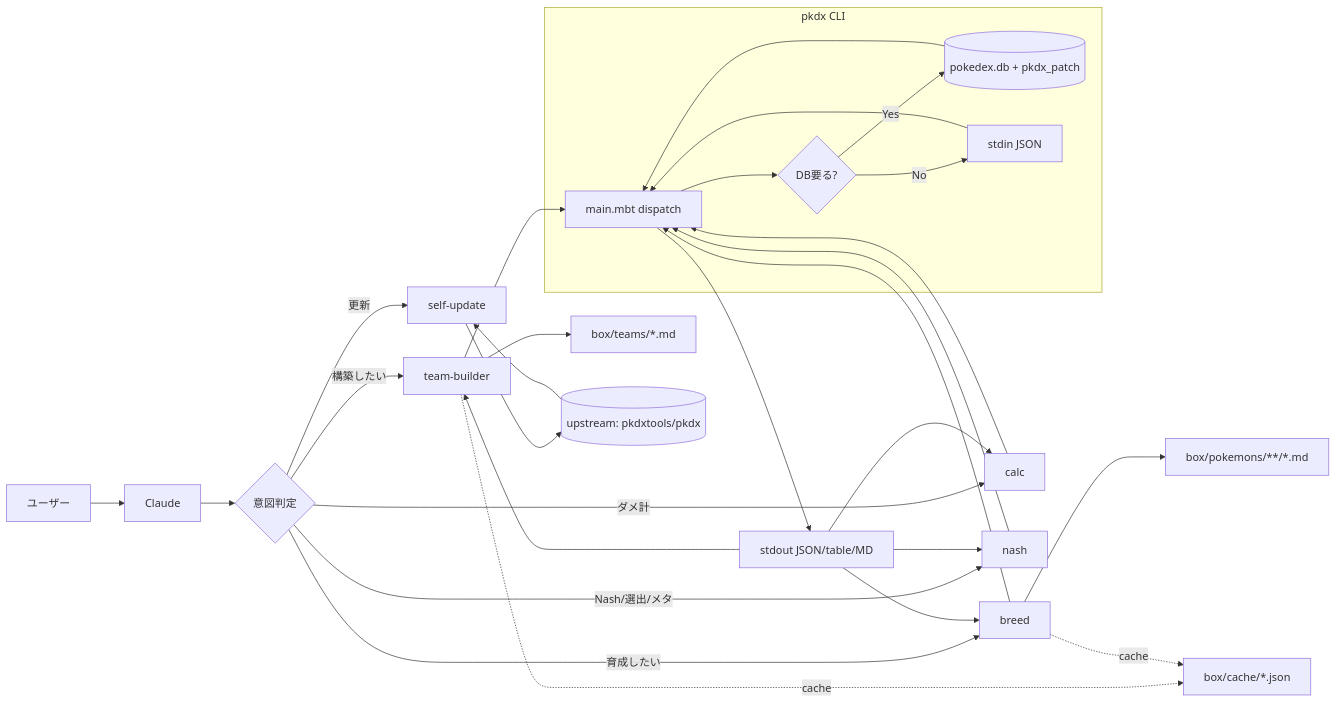
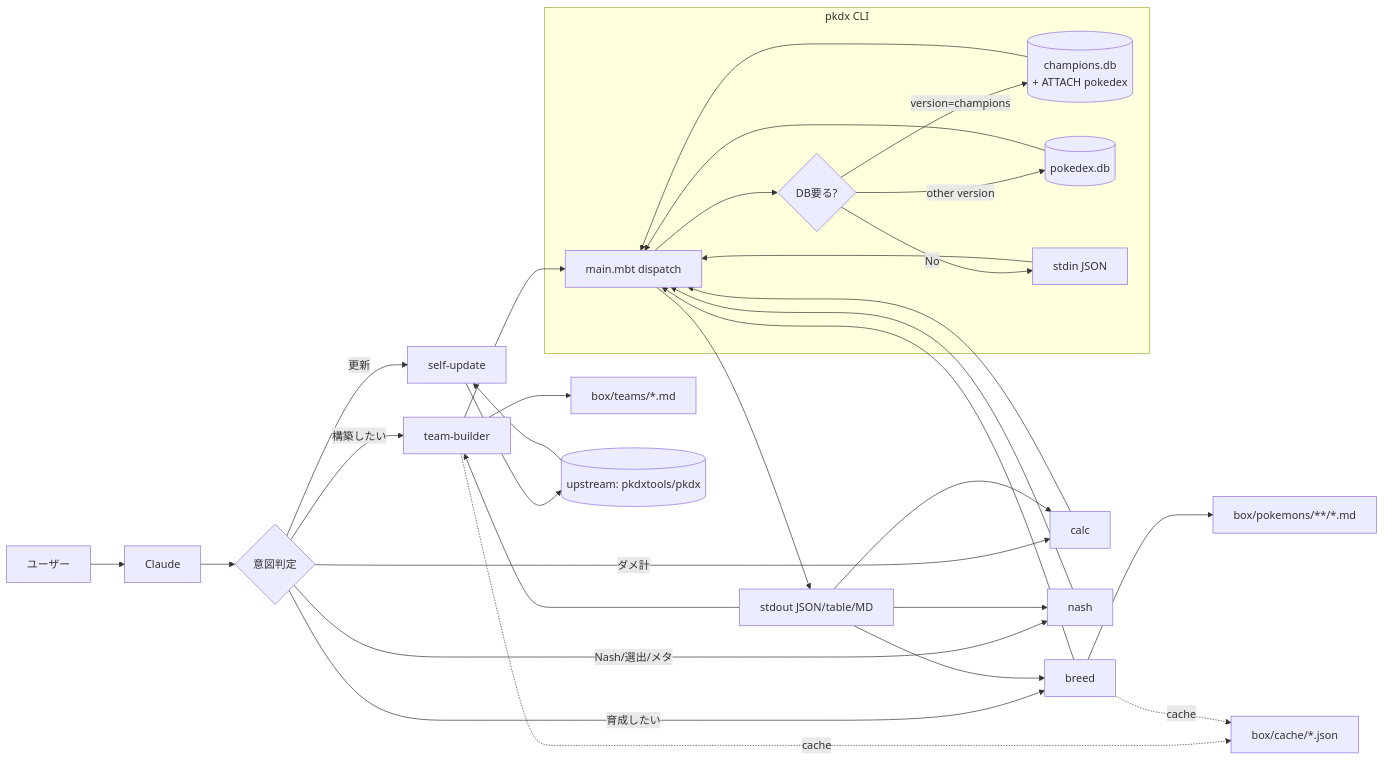
One commit to pkdxtools/pkdx changed the first of 9 diagrams in .claude/architecture.md. Above: the diagram before and after it, drawn with Mermaid. The commit also changed other lines of this file and 10 other files, not shown here.

````diff
--- a/.claude/architecture.md
+++ b/.claude/architecture.md
@@ -9,38 +9,40 @@
 ```mermaid
 flowchart LR
   User[ユーザー] --> Claude
   Claude --> Router{意図判定}
   Router -->|構築したい| TB[team-builder]
   Router -->|育成したい| Breed[breed]
   Router -->|ダメ計| Calc[calc]
   Router -->|Nash/選出/メタ| Nash[nash]
   Router -->|更新| SU[self-update]
 
   TB --> CLI
   Breed --> CLI
   Calc --> CLI
   Nash --> CLI
 
   subgraph CLI_LAYER[pkdx CLI]
     CLI[main.mbt dispatch] --> WithDB{DB要る?}
-    WithDB -->|Yes| DB[(pokedex.db + pkdx_patch)]
+    WithDB -->|version=champions| CDB[(champions.db<br/>+ ATTACH pokedex)]
+    WithDB -->|other version| PDB[(pokedex.db)]
     WithDB -->|No| STDIN[stdin JSON]
   end
 
-  DB --> CLI
+  CDB --> CLI
+  PDB --> CLI
   STDIN --> CLI
   CLI --> Stdout[stdout JSON/table/MD]
 
   Stdout --> TB
   Stdout --> Breed
   Stdout --> Calc
   Stdout --> Nash
 
   TB --> BoxTeams[box/teams/*.md]
   Breed --> BoxMons[box/pokemons/**/*.md]
   TB -.cache.-> Cache[box/cache/*.json]
   Breed -.cache.-> Cache
 
   SU --> Upstream[(upstream: pkdxtools/pkdx)]
   Upstream --> SU
 ```
````
